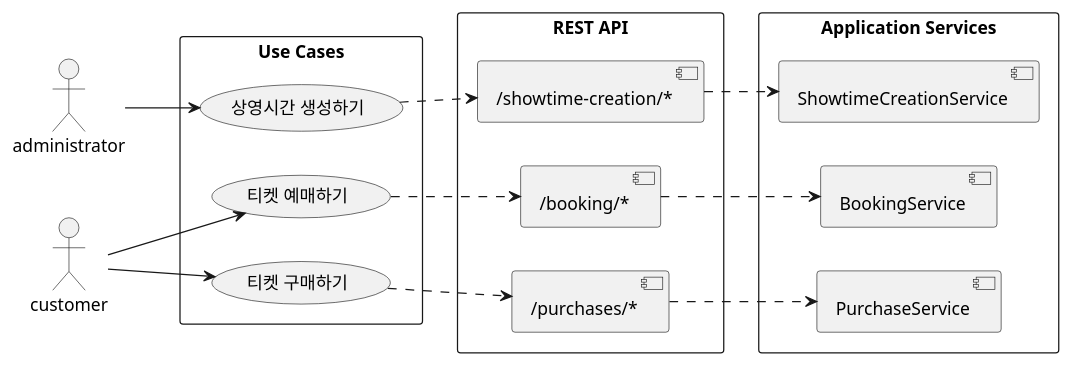
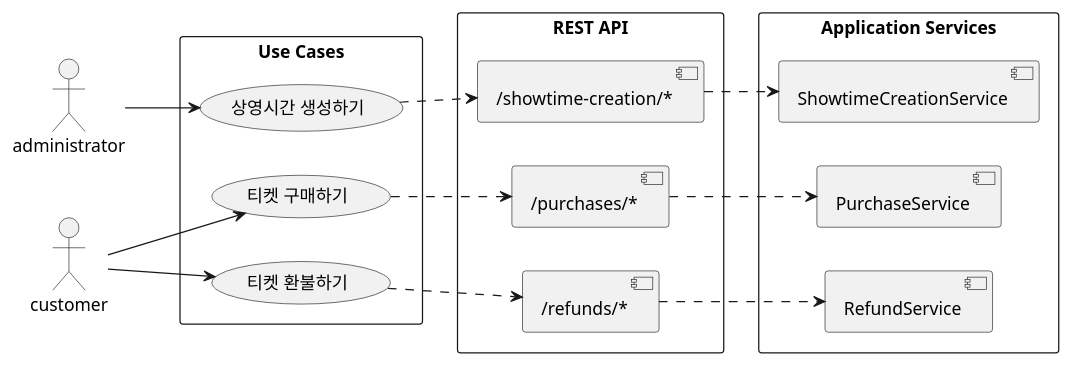
Before and after one commit to mannercode/mannercode.github.io: the third of 4 diagrams in _posts/3026-06-18-backend-design-4.md, drawn with PlantUML. The commit also changed other lines of this file and 9 other files, not shown here.

```diff
--- a/_posts/3026-06-18-backend-design-4.md
+++ b/_posts/3026-06-18-backend-design-4.md
@@ -357,37 +360,37 @@
 {% plantuml %}
 @startuml
 left to right direction
 actor administrator
 actor customer
 
 rectangle "Use Cases" {
     usecase "상영시간 생성하기" as UC1
-    usecase "티켓 예매하기" as UC2
-    usecase "티켓 구매하기" as UC3
+    usecase "티켓 구매하기" as UC2
+    usecase "티켓 환불하기" as UC3
 }
 
 rectangle "REST API" {
     component "/showtime-creation/*" as API1
-    component "/booking/*" as API2
-    component "/purchases/*" as API3
+    component "/purchases/*" as API2
+    component "/refunds/*" as API3
 }
 
 rectangle "Application Services" {
     component "ShowtimeCreationService" as SVC1
-    component "BookingService" as SVC2
-    component "PurchaseService" as SVC3
+    component "PurchaseService" as SVC2
+    component "RefundService" as SVC3
 }
 
 administrator --> UC1
 customer --> UC2
 customer --> UC3
 
 UC1 ..> API1
 UC2 ..> API2
 UC3 ..> API3
 
 API1 ..> SVC1
 API2 ..> SVC2
 API3 ..> SVC3
 @enduml
 {% endplantuml %}
```
